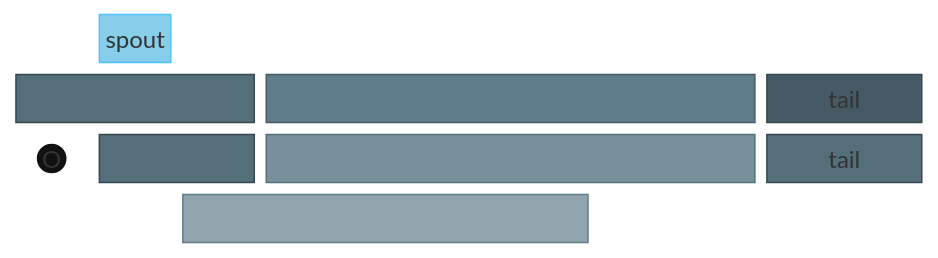
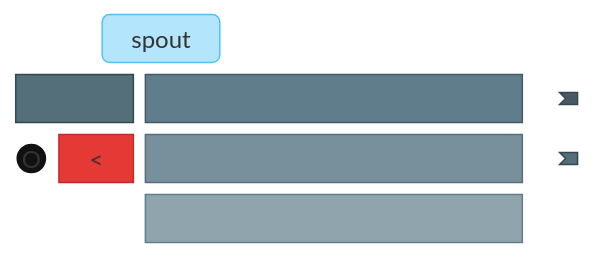
The second of 3 diagrams in src/content/playground/mermaid-zoo.md (Minimalistic/marsh.city), drawn with Mermaid (neutral theme) before and after one commit.

Commit message:
fix: realign whale diagram in mermaid zoo
Old row summed to 12 in a 13-column grid, throwing the body off.
Bumped grid to 15 cols, dropped the duplicate 'tail' label, gave the
whale a proper mouth and fluke shapes matching the fish's style.

````diff
--- a/src/content/playground/mermaid-zoo.md
+++ b/src/content/playground/mermaid-zoo.md
@@ -29,18 +29,18 @@
 ```mermaid
 block-beta
-  columns 13
-  space:2 SP["spout"]:1 space:10
-  space:1 HD["          "]:3 BD["                              "]:6 TU["tail"]:2 space:1
-  space:1 EY(("O")):1 MW["          "]:2 BL["                              "]:6 TL["tail"]:2
-  space:4 UB["                    "]:5 space:4
+  columns 15
+  space:3 SP("spout"):3 space:9
+  space:1 HD["          "]:3 BD["                                  "]:9 FK1>" "]:2
+  space:1 EY(("O")):1 MW["<"]:2 BL["                                  "]:9 FK2>" "]:2
+  space:4 UB["                    "]:9 space:2
 
-  style SP fill:#87CEEB,stroke:#4FC3F7,color:#4FC3F7
+  style SP fill:#B3E5FC,stroke:#4FC3F7,color:#01579B
   style HD fill:#546E7A,stroke:#37474F,color:#546E7A
   style BD fill:#607D8B,stroke:#455A64,color:#607D8B
-  style MW fill:#546E7A,stroke:#37474F,color:#546E7A
   style BL fill:#78909C,stroke:#546E7A,color:#78909C
   style UB fill:#90A4AE,stroke:#607D8B,color:#90A4AE
-  style TU fill:#455A64,stroke:#37474F,color:#455A64
-  style TL fill:#546E7A,stroke:#37474F,color:#546E7A
+  style FK1 fill:#455A64,stroke:#37474F,color:#455A64
+  style FK2 fill:#546E7A,stroke:#37474F,color:#546E7A
   style EY fill:#111,stroke:#fff,color:#fff
+  style MW fill:#E53935,stroke:#C62828,color:#fff
 ```
````
